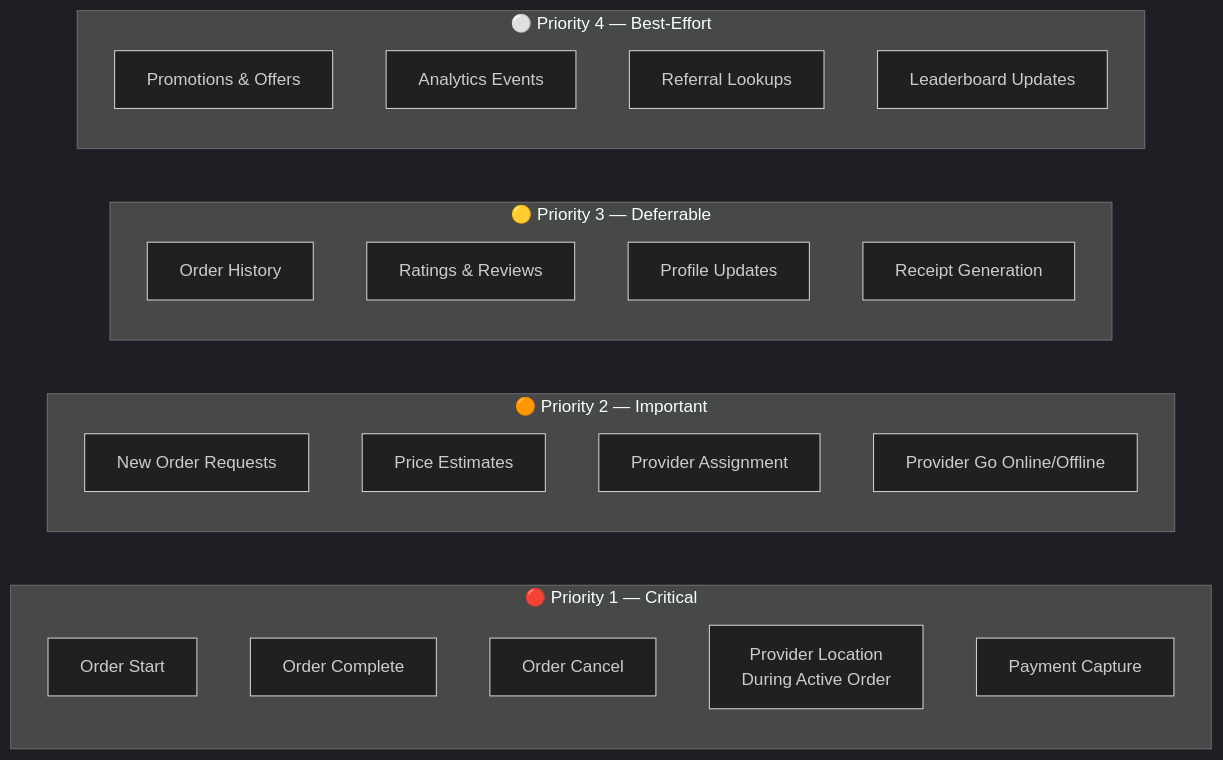
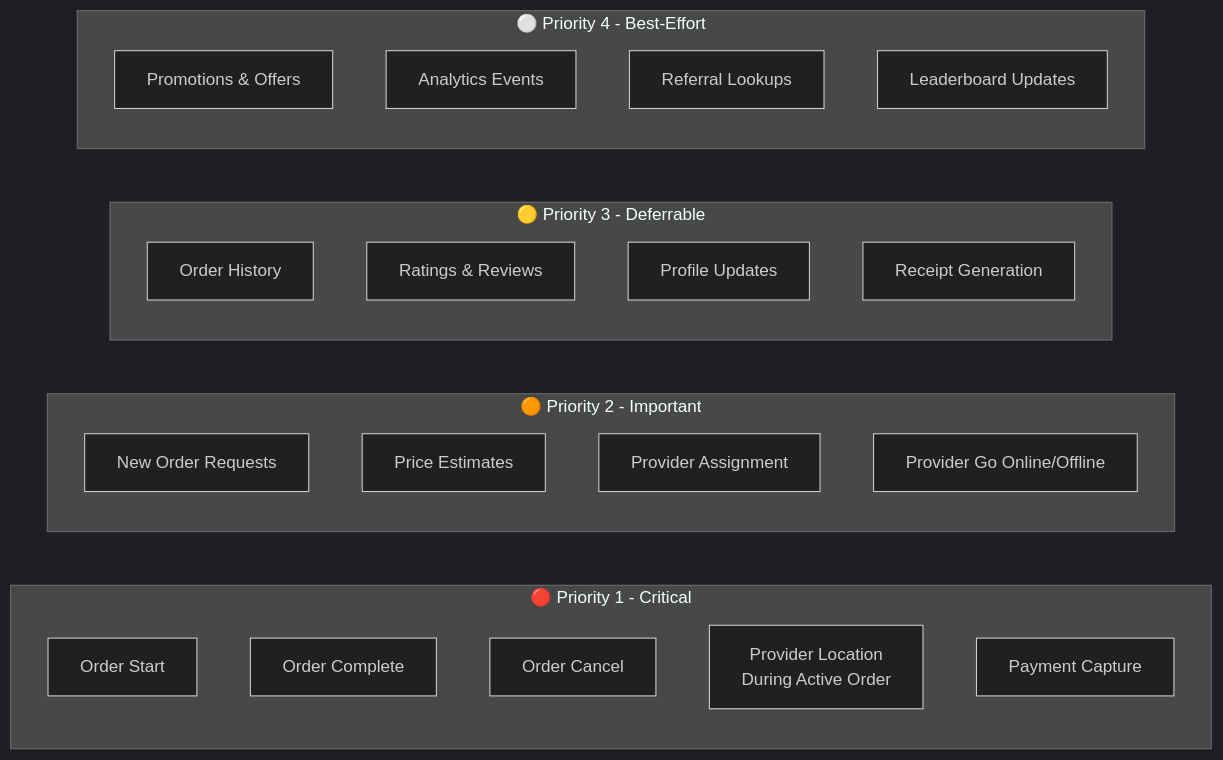
One commit to rishikeshdhokare/platform-manifesto changed the first of 4 diagrams in 05-operational-excellence/05-load-shedding.md. Above: the diagram before and after it, drawn with Mermaid (dark theme). The commit also changed other lines of this file and 20 other files, not shown here.

````diff
--- a/05-operational-excellence/05-load-shedding.md
+++ b/05-operational-excellence/05-load-shedding.md
@@ -32,31 +32,31 @@
 ```mermaid
 graph LR
-    subgraph P1["🔴 Priority 1 — Critical"]
+    subgraph P1["🔴 Priority 1 - Critical"]
         A1[Order Start]
         A2[Order Complete]
         A3[Order Cancel]
         A4[Provider Location<br/>During Active Order]
         A5[Payment Capture]
     end
 
-    subgraph P2["🟠 Priority 2 — Important"]
+    subgraph P2["🟠 Priority 2 - Important"]
         B1[New Order Requests]
         B2[Price Estimates]
         B3[Provider Assignment]
         B4[Provider Go Online/Offline]
     end
 
-    subgraph P3["🟡 Priority 3 — Deferrable"]
+    subgraph P3["🟡 Priority 3 - Deferrable"]
         C1[Order History]
         C2[Ratings & Reviews]
         C3[Profile Updates]
         C4[Receipt Generation]
     end
 
-    subgraph P4["⚪ Priority 4 — Best-Effort"]
+    subgraph P4["⚪ Priority 4 - Best-Effort"]
         D1[Promotions & Offers]
         D2[Analytics Events]
         D3[Referral Lookups]
         D4[Leaderboard Updates]
     end
 ```
````
